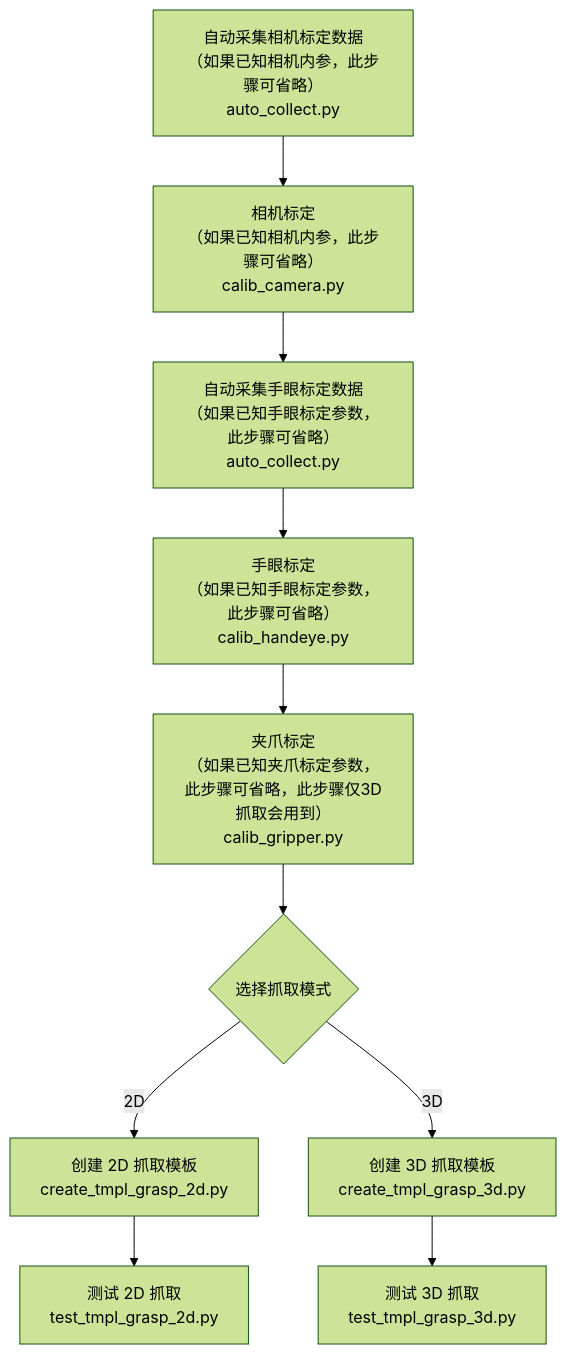
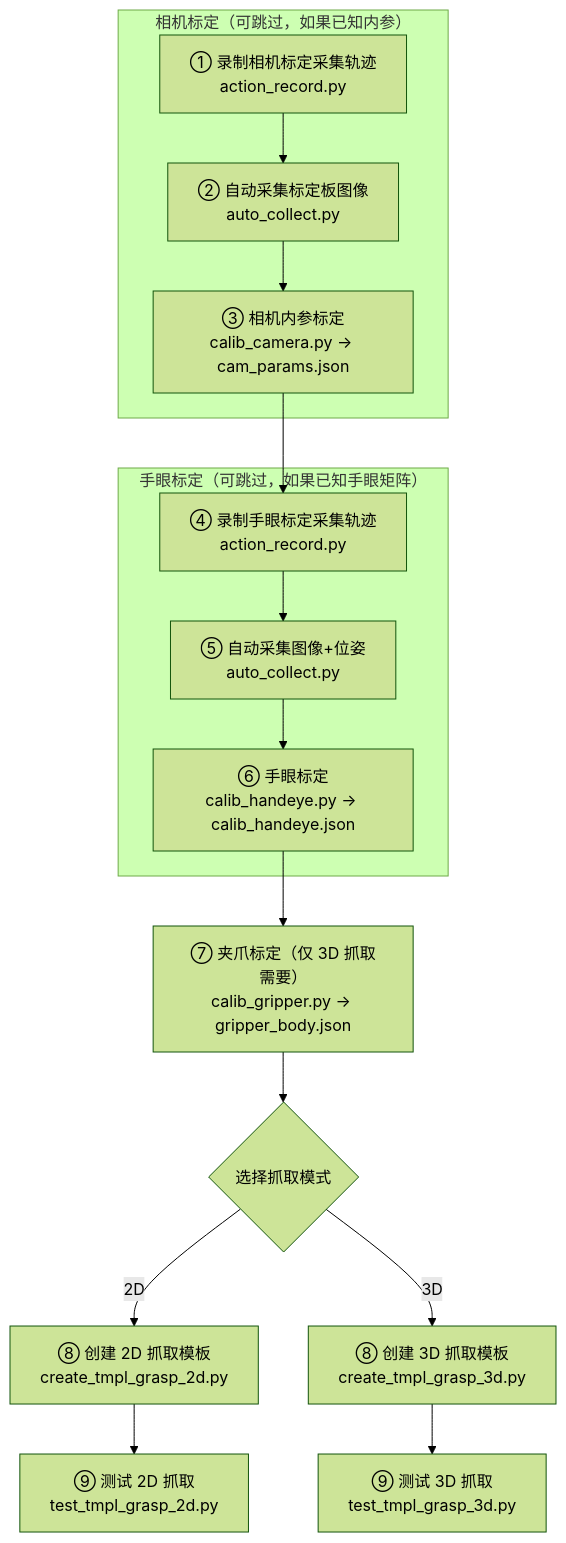
Before and after one commit to cvte-robotics/carm_grasp: the diagram in README.md, drawn with Mermaid (forest theme). The commit also changed other lines of this file, not shown here.

````diff
--- a/README.md
+++ b/README.md
@@ -111,12 +190,18 @@
 ```mermaid
 flowchart TD
-    A["自动采集相机标定数据<br/>（如果已知相机内参，此步骤可省略）<br/>auto_collect.py"] --> B["相机标定<br/>（如果已知相机内参，此步骤可省略）<br/>calib_camera.py"]
-    B --> C["自动采集手眼标定数据<br/>（如果已知手眼标定参数，此步骤可省略）<br/>auto_collect.py"]
-    C --> D["手眼标定<br/>（如果已知手眼标定参数，此步骤可省略）<br/>calib_handeye.py"]
-    D --> E["夹爪标定<br/>（如果已知夹爪标定参数，此步骤可省略，此步骤仅3D抓取会用到）<br/>calib_gripper.py"]
-    E --> F{选择抓取模式}
-    F -->|2D| G["创建 2D 抓取模板<br/>create_tmpl_grasp_2d.py"]
-    F -->|3D| H["创建 3D 抓取模板<br/>create_tmpl_grasp_3d.py"]
-    G --> I["测试 2D 抓取<br/>test_tmpl_grasp_2d.py"]
-    H --> J["测试 3D 抓取<br/>test_tmpl_grasp_3d.py"]
+    subgraph camera_calib ["相机标定（可跳过，如果已知内参）"]
+        A1["① 录制相机标定采集轨迹<br/>action_record.py"] --> A2["② 自动采集标定板图像<br/>auto_collect.py"]
+        A2 --> A3["③ 相机内参标定<br/>calib_camera.py → cam_params.json"]
+    end
+    subgraph handeye_calib ["手眼标定（可跳过，如果已知手眼矩阵）"]
+        B1["④ 录制手眼标定采集轨迹<br/>action_record.py"] --> B2["⑤ 自动采集图像+位姿<br/>auto_collect.py"]
+        B2 --> B3["⑥ 手眼标定<br/>calib_handeye.py → calib_handeye.json"]
+    end
+    A3 --> B1
+    B3 --> C["⑦ 夹爪标定（仅 3D 抓取需要）<br/>calib_gripper.py → gripper_body.json"]
+    C --> D{选择抓取模式}
+    D -->|2D| E["⑧ 创建 2D 抓取模板<br/>create_tmpl_grasp_2d.py"]
+    D -->|3D| F["⑧ 创建 3D 抓取模板<br/>create_tmpl_grasp_3d.py"]
+    E --> G["⑨ 测试 2D 抓取<br/>test_tmpl_grasp_2d.py"]
+    F --> H["⑨ 测试 3D 抓取<br/>test_tmpl_grasp_3d.py"]
 ```
````
